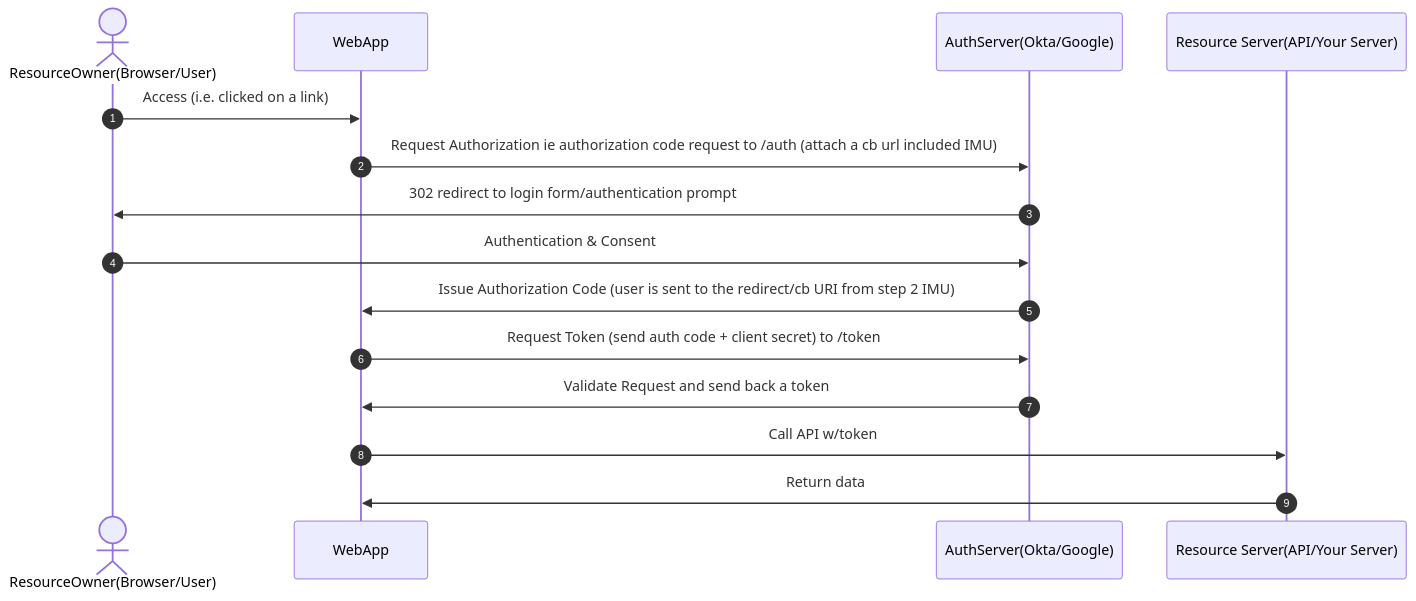
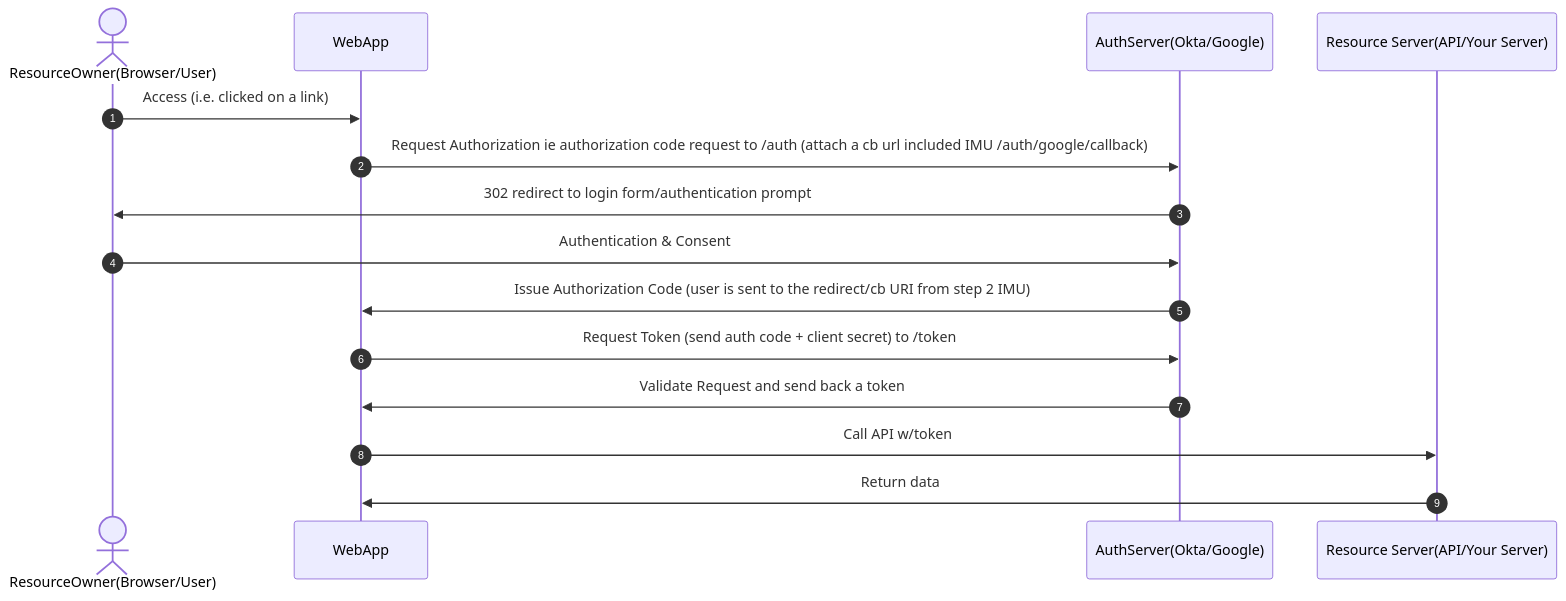
Before and after one commit to lazyjitsu/OAuth-Demo: the diagram in security-example/OAuth2-AuthorizationCodeFlow.md, drawn with Mermaid. The commit also changed other lines of this file and 5 other files, not shown here.

````diff
--- a/security-example/OAuth2-AuthorizationCodeFlow.md
+++ b/security-example/OAuth2-AuthorizationCodeFlow.md
@@ -6,18 +6,18 @@
 ```mermaid
 sequenceDiagram
     autonumber
     actor ResourceOwner(Browser/User)
     participant WebApp
     participant AuthServer(Okta/Google)
     participant Resource Server(API/Your Server)
 
     ResourceOwner(Browser/User)->>WebApp:Access (i.e. clicked on a link)
-    WebApp->>AuthServer(Okta/Google): Request Authorization ie authorization code request to /auth (attach a cb url included IMU)
+    WebApp->>AuthServer(Okta/Google): Request Authorization ie authorization code request to /auth (attach a cb url included IMU /auth/google/callback)
     AuthServer(Okta/Google)->>ResourceOwner(Browser/User):302 redirect to login form/authentication prompt
     ResourceOwner(Browser/User)->>AuthServer(Okta/Google): Authentication & Consent
     AuthServer(Okta/Google)->>WebApp: Issue Authorization Code (user is sent to the redirect/cb URI from step 2 IMU)
     WebApp->>AuthServer(Okta/Google): Request Token (send auth code + client secret) to /token
     AuthServer(Okta/Google)->>WebApp: Validate Request and send back a token
     WebApp->>Resource Server(API/Your Server): Call API w/token
     Resource Server(API/Your Server)->>WebApp: Return data
 ```
````
